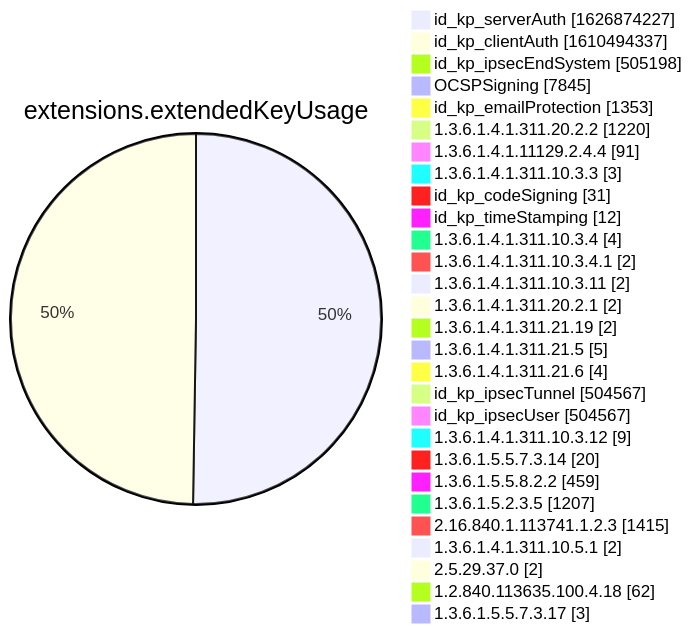
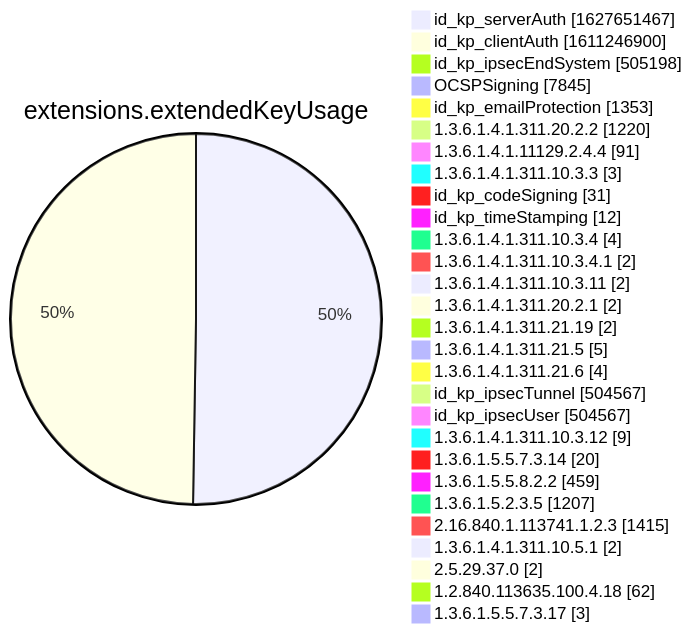
One commit to christiankrug/ctmonitor_visualization changed diagram 12 of 15 in xenon2022/README.md. Above: the diagram before and after it, drawn with Mermaid. The commit also changed other lines of this file, not shown here.

````diff
--- a/xenon2022/README.md
+++ b/xenon2022/README.md
@@ -3886,32 +3886,32 @@
 ```mermaid
 pie showData
 title extensions.extendedKeyUsage
-"id_kp_serverAuth" :1626874227
-"id_kp_clientAuth" :1610494337
+"id_kp_serverAuth" :1627651467
+"id_kp_clientAuth" :1611246900
 "id_kp_ipsecEndSystem" :505198
 "OCSPSigning" :7845
 "id_kp_emailProtection" :1353
 "1.3.6.1.4.1.311.20.2.2" :1220
 "1.3.6.1.4.1.11129.2.4.4" :91
 "1.3.6.1.4.1.311.10.3.3" :3
 "id_kp_codeSigning" :31
 "id_kp_timeStamping" :12
 "1.3.6.1.4.1.311.10.3.4" :4
 "1.3.6.1.4.1.311.10.3.4.1" :2
 "1.3.6.1.4.1.311.10.3.11" :2
 "1.3.6.1.4.1.311.20.2.1" :2
 "1.3.6.1.4.1.311.21.19" :2
 "1.3.6.1.4.1.311.21.5" :5
 "1.3.6.1.4.1.311.21.6" :4
 "id_kp_ipsecTunnel" :504567
 "id_kp_ipsecUser" :504567
 "1.3.6.1.4.1.311.10.3.12" :9
 "1.3.6.1.5.5.7.3.14" :20
 "1.3.6.1.5.5.8.2.2" :459
 "1.3.6.1.5.2.3.5" :1207
 "2.16.840.1.113741.1.2.3" :1415
 "1.3.6.1.4.1.311.10.5.1" :2
 "2.5.29.37.0" :2
 "1.2.840.113635.100.4.18" :62
 "1.3.6.1.5.5.7.3.17" :3
 ```
````
